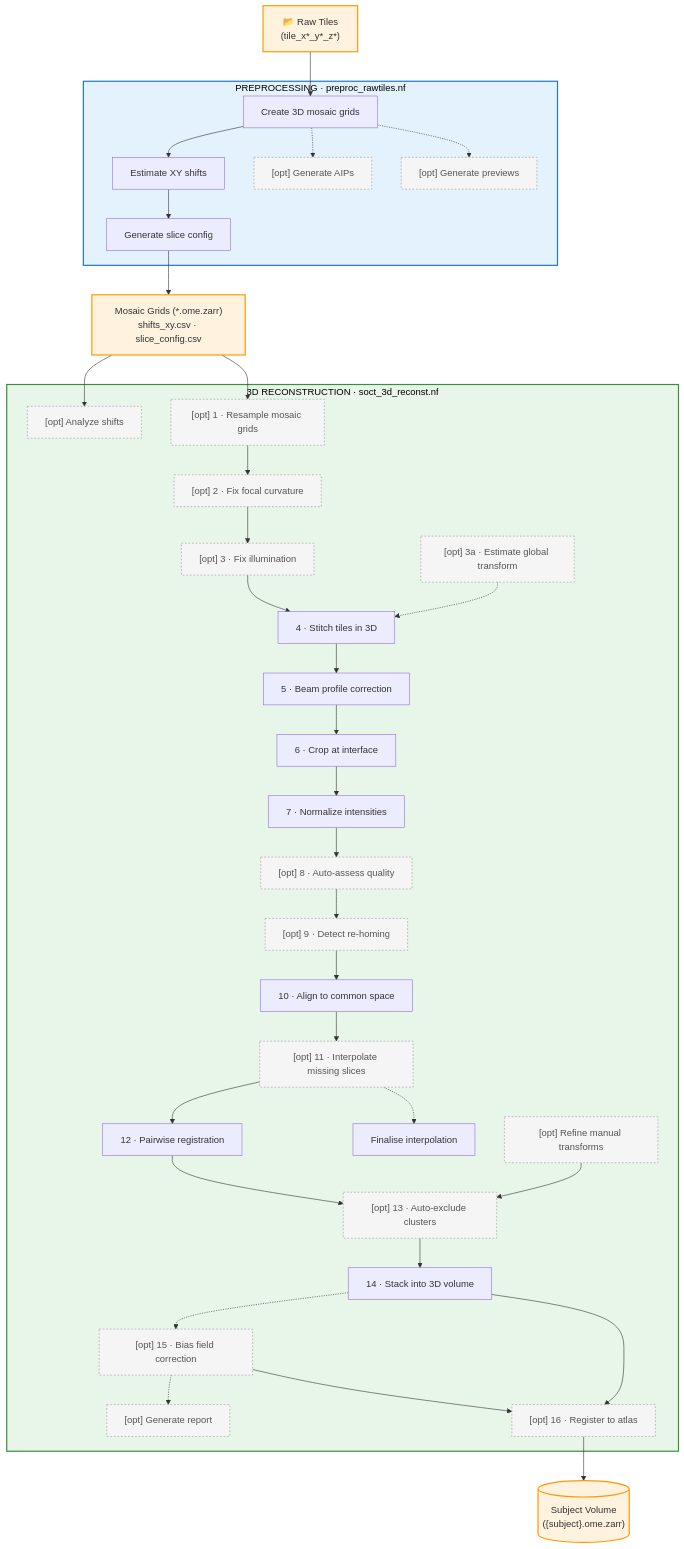
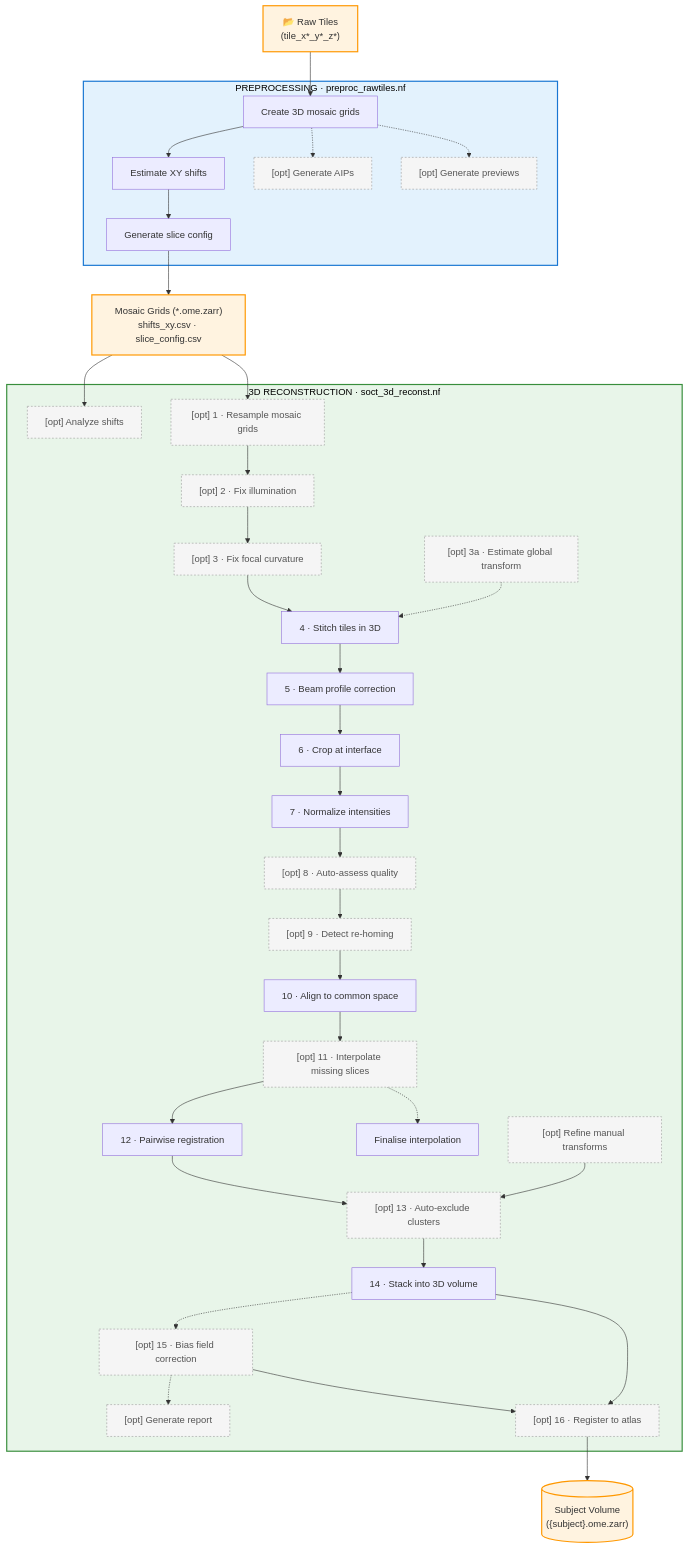
One commit to FIrgolitsch/linumpy changed the diagram in docs/PIPELINE_OVERVIEW.md. Above: the diagram before and after it, drawn with Mermaid. The commit also changed other lines of this file and 2 other files, not shown here.

First line of the commit message:
fix(reconst_3d): run BaSiC illumination before focal-curvature correction

````diff
--- a/docs/PIPELINE_OVERVIEW.md
+++ b/docs/PIPELINE_OVERVIEW.md
@@ -15,44 +15,44 @@
 ```mermaid
 flowchart TD
     RAW["📂 Raw Tiles\n(tile_x*_y*_z*)"]
 
     subgraph PREPROC["  PREPROCESSING  ·  preproc_rawtiles.nf  "]
         P1["Create 3D mosaic grids"]
         P2["Estimate XY shifts"]
         P3["Generate slice config"]
         P4["[opt] Generate AIPs"]:::opt
         P5["[opt] Generate previews"]:::opt
         P1 --> P2 --> P3
         P1 -.-> P4
         P1 -.-> P5
     end
 
     INTER["Mosaic Grids (*.ome.zarr)\nshifts_xy.csv · slice_config.csv"]
 
     subgraph RECONST["  3D RECONSTRUCTION  ·  soct_3d_reconst.nf  "]
         R00["[opt] Analyze shifts"]:::opt
-        R01["[opt] 1 · Resample mosaic grids"]:::opt --> R02["[opt] 2 · Fix focal curvature"]:::opt --> R03["[opt] 3 · Fix illumination"]:::opt --> R04["4 · Stitch tiles in 3D"] --> R05["5 · Beam profile correction"] --> R06["6 · Crop at interface"] --> R07["7 · Normalize intensities"] --> R08["[opt] 8 · Auto-assess quality"]:::opt --> R09["[opt] 9 · Detect re-homing"]:::opt --> R10["10 · Align to common space"] --> R11["[opt] 11 · Interpolate missing slices"]:::opt --> R12["12 · Pairwise registration"] --> R13["[opt] 13 · Auto-exclude clusters"]:::opt --> R14["14 · Stack into 3D volume"]
+        R01["[opt] 1 · Resample mosaic grids"]:::opt --> R02["[opt] 2 · Fix illumination"]:::opt --> R03["[opt] 3 · Fix focal curvature"]:::opt --> R04["4 · Stitch tiles in 3D"] --> R05["5 · Beam profile correction"] --> R06["6 · Crop at interface"] --> R07["7 · Normalize intensities"] --> R08["[opt] 8 · Auto-assess quality"]:::opt --> R09["[opt] 9 · Detect re-homing"]:::opt --> R10["10 · Align to common space"] --> R11["[opt] 11 · Interpolate missing slices"]:::opt --> R12["12 · Pairwise registration"] --> R13["[opt] 13 · Auto-exclude clusters"]:::opt --> R14["14 · Stack into 3D volume"]
         R03a["[opt] 3a · Estimate global transform"]:::opt -.-> R04
         R11 -.-> R11f["Finalise interpolation"]
         R12r["[opt] Refine manual transforms"]:::opt --> R13
         R14 -.-> R14b["[opt] 15 · Bias field correction"]:::opt
         R14b -.-> REPORT["[opt] Generate report"]:::opt
         R14 --> R16["[opt] 16 · Register to atlas"]:::opt
         R14b --> R16
     end
 
     OUT[("Subject Volume\n({subject}.ome.zarr)")]
 
     RAW --> P1
     P3 --> INTER
     INTER --> R00
     INTER --> R01
     R16 --> OUT
 
     classDef opt fill:#f5f5f5,stroke:#999,stroke-dasharray:3 3,color:#555
     style RAW fill:#fff3e0,stroke:#FF9800,stroke-width:2px
     style INTER fill:#fff3e0,stroke:#FF9800,stroke-width:2px
     style OUT fill:#fff3e0,stroke:#FF9800,stroke-width:2px
     style PREPROC fill:#e3f2fd,stroke:#1976D2,stroke-width:2px,color:#000
     style RECONST fill:#e8f5e9,stroke:#388E3C,stroke-width:2px,color:#000
 ```
````
